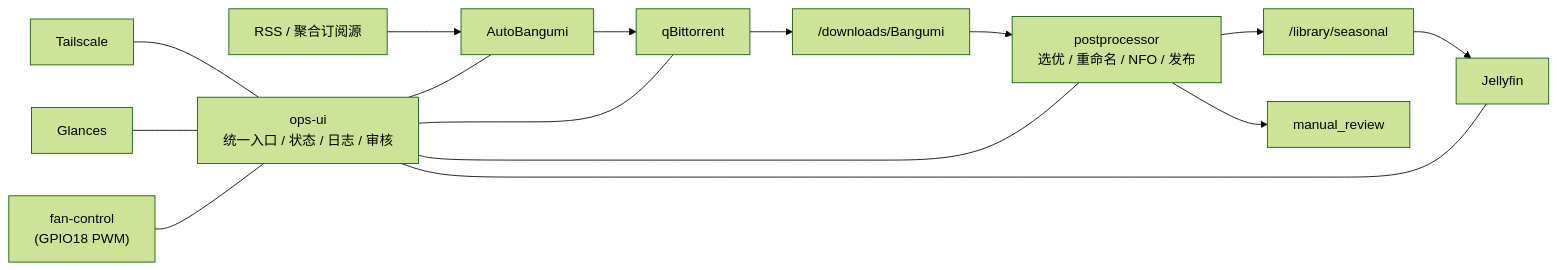
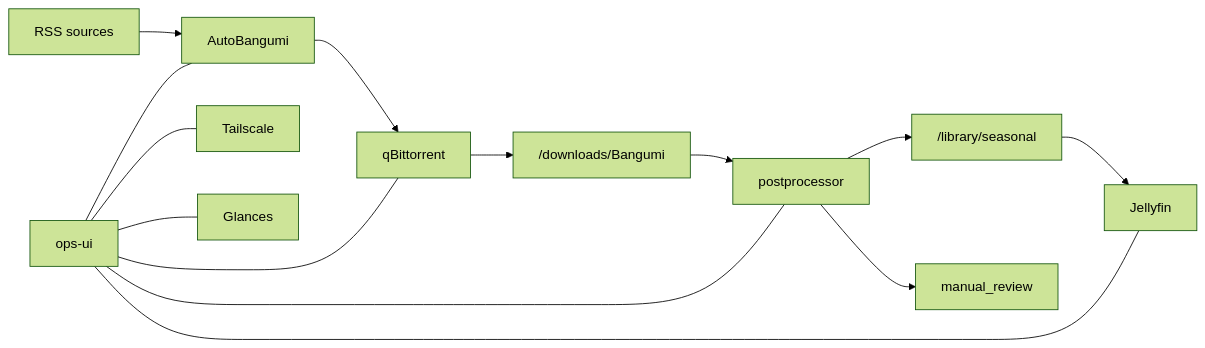
The diagram in README.md (ZhuofanSun/RPI_Anime), drawn with Mermaid (forest theme) before and after one commit. The commit also changed other lines of this file and 9 other files, not shown here.

````diff
--- a/README.md
+++ b/README.md
@@ -73,19 +35,17 @@
 ```mermaid
 flowchart LR
-    RSS["RSS / 聚合订阅源"] --> AB["AutoBangumi"]
+    RSS["RSS sources"] --> AB["AutoBangumi"]
     AB --> QB["qBittorrent"]
     QB --> DL["/downloads/Bangumi"]
-    DL --> PP["postprocessor\n选优 / 重命名 / NFO / 发布"]
-    PP --> SE["/library/seasonal"]
-    PP --> MR["manual_review"]
-    SE --> JF["Jellyfin"]
+    DL --> PP["postprocessor"]
+    PP --> LIB["/library/seasonal"]
+    PP --> REVIEW["manual_review"]
+    LIB --> JF["Jellyfin"]
 
-    OPS["ops-ui\n统一入口 / 状态 / 日志 / 审核"] --- AB
+    OPS["ops-ui"] --- AB
     OPS --- QB
+    OPS --- PP
     OPS --- JF
-    OPS --- PP
-
-    TS["Tailscale"] --- OPS
-    GL["Glances"] --- OPS
-    FAN["fan-control\n(GPIO18 PWM)"] --- OPS
+    OPS --- TS["Tailscale"]
+    OPS --- GL["Glances"]
 ```
````
